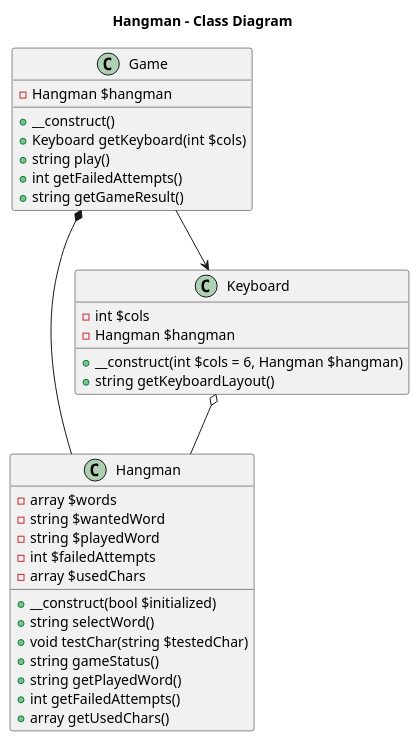
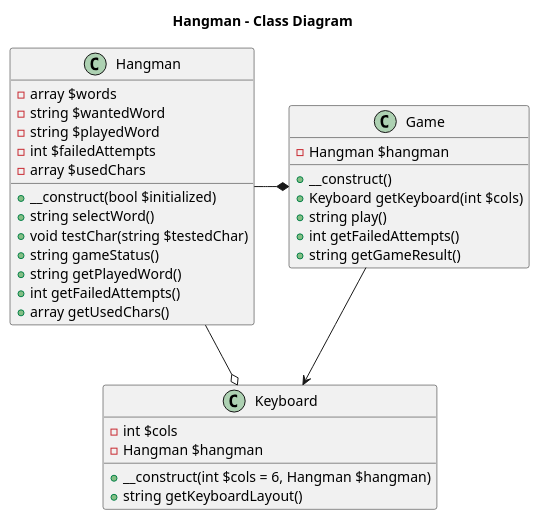
One commit to thevajko/zbierka-uloh changed the diagram in php/hangman/diagram.puml. Above: the diagram before and after it, drawn with PlantUML. The commit also changed 2 other files, not shown here.

Commit message:
UML pre muchu

```diff
--- a/php/hangman/diagram.puml
+++ b/php/hangman/diagram.puml
@@ -1,39 +1,39 @@
 @startuml
 title Hangman - Class Diagram
 
 class Game {
   -Hangman $hangman
   +__construct()
   +Keyboard getKeyboard(int $cols)
   +string play()
   +int getFailedAttempts()
   +string getGameResult()
 }
 
 class Hangman {
   -array $words
   -string $wantedWord
   -string $playedWord
   -int $failedAttempts
   -array $usedChars
   +__construct(bool $initialized)
   +string selectWord()
   +void testChar(string $testedChar)
   +string gameStatus()
   +string getPlayedWord()
   +int getFailedAttempts()
   +array getUsedChars()
 }
 
 class Keyboard {
   -int $cols
   -Hangman $hangman
   +__construct(int $cols = 6, Hangman $hangman)
   +string getKeyboardLayout()
 }
 
-Game *-- Hangman
+Game *-left- Hangman
 Keyboard o-- Hangman
 Game --> Keyboard
 
 @enduml
```
